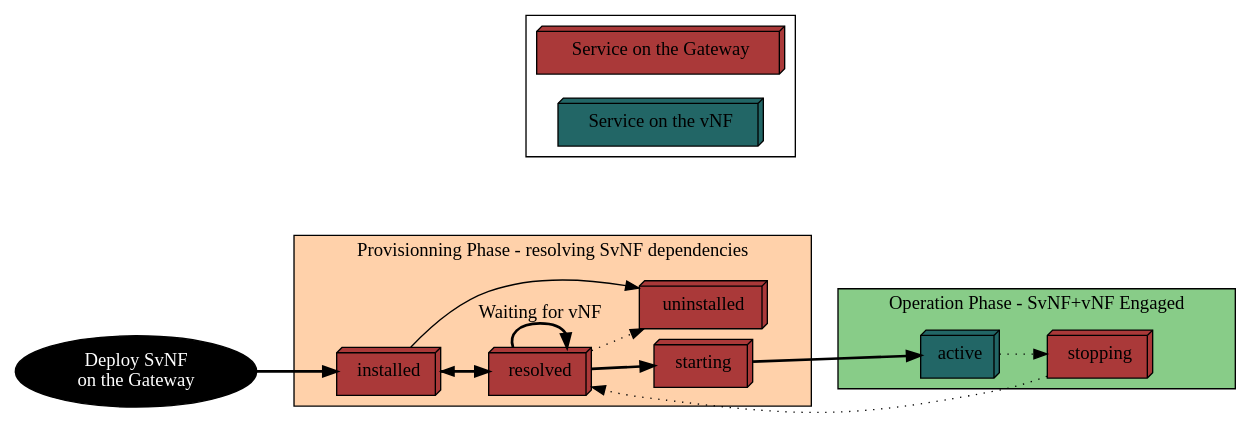
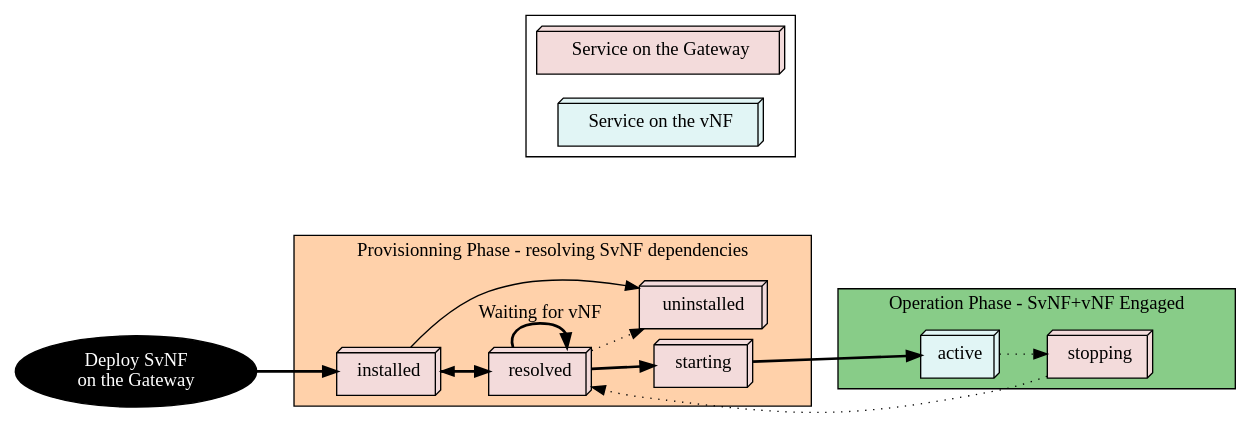
The diagram in fig/osgi.dot (nherbaut/home-gateway-migration-paper), drawn with Graphviz before and after one commit. The commit also changed 6 other files, not shown here.

```diff
--- a/fig/osgi.dot
+++ b/fig/osgi.dot
@@ -1,55 +1,55 @@
 digraph graphname {
  
  
  rankdir=LR;
  #layout=neato;
 overlap=false;
 splines=true;
 pack=true;
 start="random";
 sep=0.1;
 
  
   
   start [label = "Deploy SvNF \non the Gateway", shape="oval",  style="filled",fillcolor="black",fontcolor="white"];
-  installed [shape = "box3d", fillcolor="#AA3939", style="filled"];
-  uninstalled [shape = "box3d", fillcolor="#AA3939", style="filled"];
-  starting [shape = "box3d", fillcolor="#AA3939", style="filled"];
+  installed [shape = "box3d", fillcolor="#f3dbdb", style="filled"];
+  uninstalled [shape = "box3d", fillcolor="#f3dbdb", style="filled"];
+  starting [shape = "box3d", fillcolor="#f3dbdb", style="filled"];
   
-  stopping [shape = "box3d", fillcolor="#AA3939", style="filled",weight=5];
-  active [shape = "box3d", fillcolor="#226666", style="filled",weight=10];
-  resolved [shape = "box3d",fillcolor="#AA3939", style="filled"];
+  stopping [shape = "box3d", fillcolor="#f3dbdb", style="filled",weight=5];
+  active [shape = "box3d", fillcolor="#e1f5f5", style="filled",weight=10];
+  resolved [shape = "box3d",fillcolor="#f3dbdb", style="filled"];
   
   
   start -> installed [label = "",fontcolor="black",constraint=true,penwidth=2];
  
 	
 	 subgraph cluster1{
 		 style="filled";
 		 fillcolor="#FFD1AA";
 		installed -> uninstalled [arrowhead=normal,arrowtail=dot];
 		installed -> resolved [label = "resolve", labeldistance=2;fontsize=10, fontcolor="dimgray",constraint=true,penwidth=2]
 		resolved -> installed  [constraint=true,style=dotted];
 		resolved -> uninstalled [style=dotted];
 		resolved -> starting [label = "start",fontsize=10, fontcolor="dimgray",penwidth=2];
 		resolved -> resolved [label = "Waiting for vNF",penwidth=2];
 		label="Provisionning Phase - resolving SvNF dependencies";
 }
 
 subgraph cluster0{
 		style="filled";
 		fillcolor="#88CC88";
 		rank="sink";
 		starting -> active [ label = "vNF Available", fontcolor="black", fontsize=14, constraint=true,penwidth=2];
 		active -> stopping [label = "stop",fontsize=10, fontcolor="dimgray",constraint=true,style=dotted];
 		stopping -> resolved [constraint=true,style=dotted];
 		
 		label="Operation Phase - SvNF+vNF Engaged";
 		
 	}
 	subgraph cluster2{
- legacy [label = "Service on the Gateway", shape = "box3d", style=filled,fillcolor="#AA3939" ];
-  vNF [label = "Service on the vNF", shape = "box3d", fillcolor="#226666", style="filled", nodesep=0.05];
+ legacy [label = "Service on the Gateway", shape = "box3d", style=filled,fillcolor="#f3dbdb" ];
+  vNF [label = "Service on the vNF", shape = "box3d", fillcolor="#e1f5f5", style="filled", nodesep=0.05];
   }
 
  }
```
